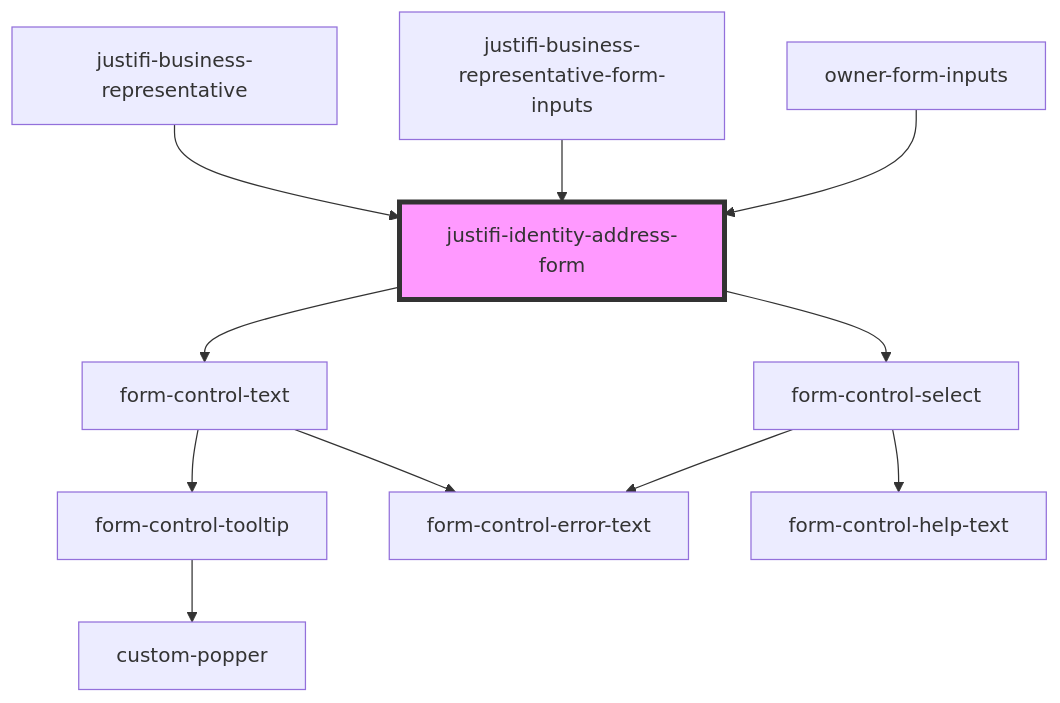
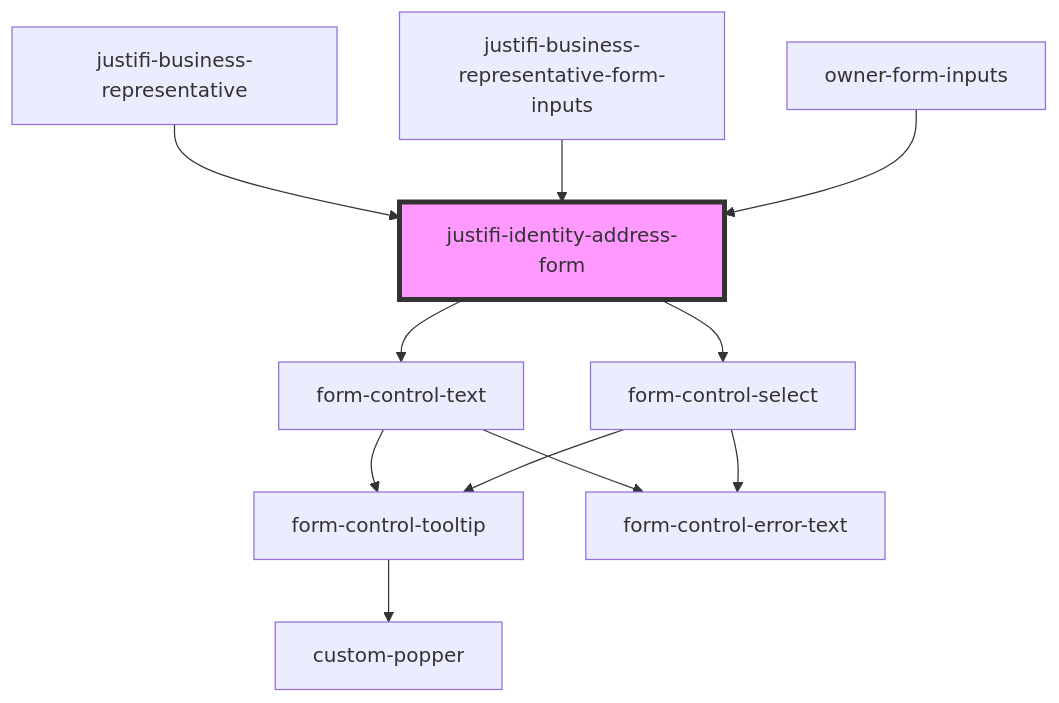
Before and after one commit to justifi-tech/web-component-library: the diagram in packages/webcomponents/src/components/business-forms/owner-form/identity-address/readme.md, drawn with Mermaid. The commit also changed 15 other files, not shown here.

Commit message:
Remove semi-colon from tooltip text, update readme files

````diff
--- a/packages/webcomponents/src/components/business-forms/owner-form/identity-address/readme.md
+++ b/packages/webcomponents/src/components/business-forms/owner-form/identity-address/readme.md
@@ -31,14 +31,14 @@
 ```mermaid
 graph TD;
   justifi-identity-address-form --> form-control-text
   justifi-identity-address-form --> form-control-select
   form-control-text --> form-control-tooltip
   form-control-text --> form-control-error-text
   form-control-tooltip --> custom-popper
-  form-control-select --> form-control-help-text
+  form-control-select --> form-control-tooltip
   form-control-select --> form-control-error-text
   justifi-business-representative --> justifi-identity-address-form
   justifi-business-representative-form-inputs --> justifi-identity-address-form
   owner-form-inputs --> justifi-identity-address-form
   style justifi-identity-address-form fill:#f9f,stroke:#333,stroke-width:4px
 ```
````
